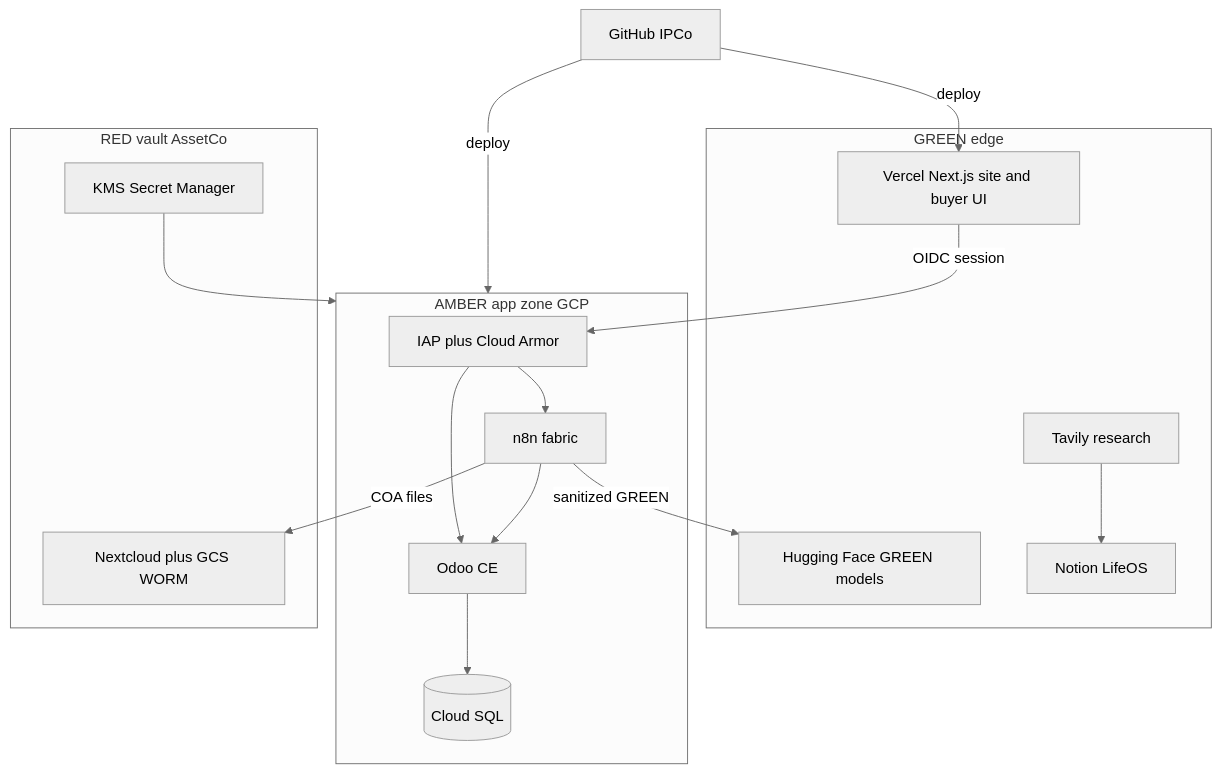
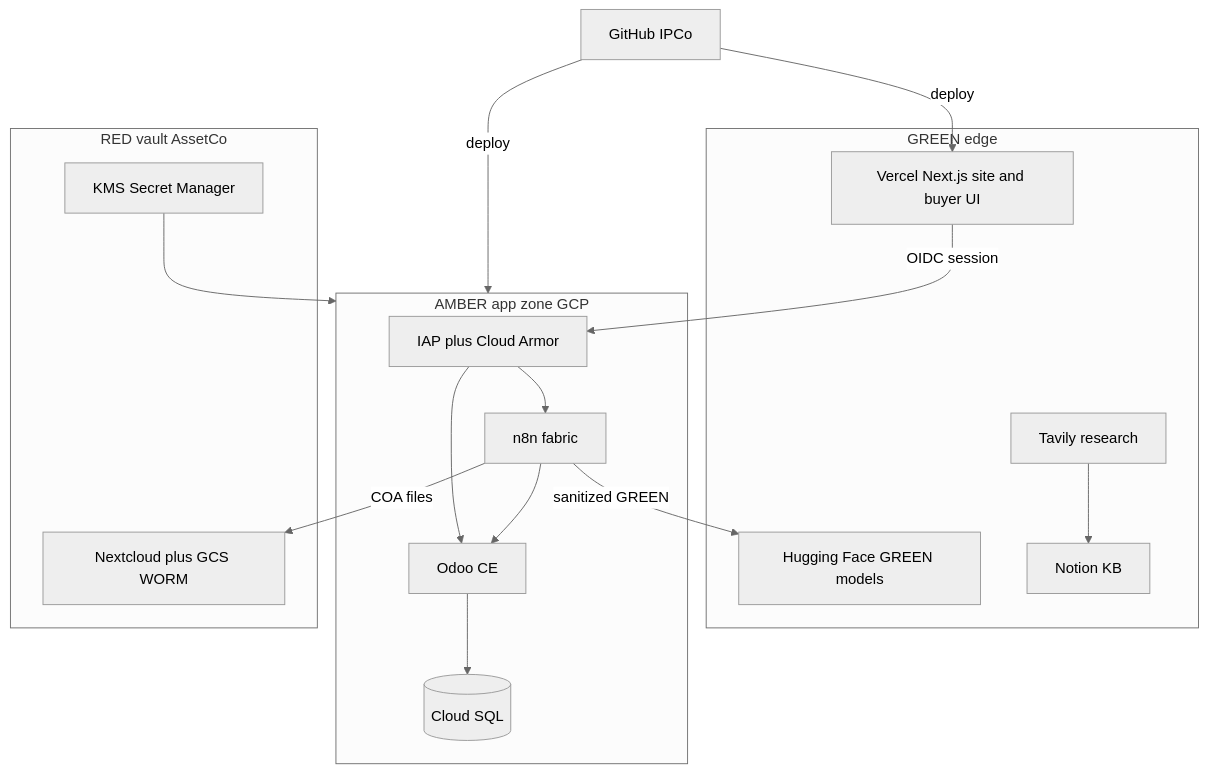
Before and after one commit to trilok-ventures/sattva-odoo-infra: the diagram in docs/superpowers/specs/2026-08-13-sattva-brokers-system-fabric-design.md, drawn with Mermaid (neutral theme). The commit also changed other lines of this file and 1 other file, not shown here.

First line of the commit message:
Lock versioned knowledge-base architecture beside LifeOS.

````diff
--- a/docs/superpowers/specs/2026-08-13-sattva-brokers-system-fabric-design.md
+++ b/docs/superpowers/specs/2026-08-13-sattva-brokers-system-fabric-design.md
@@ -122,30 +122,30 @@
 ```mermaid
 flowchart TB
   subgraph green [GREEN edge]
     Web[Vercel Next.js site and buyer UI]
     Tavily[Tavily research]
     HF[Hugging Face GREEN models]
-    Notion[Notion LifeOS]
+    Notion[Notion KB]
   end
   subgraph amber [AMBER app zone GCP]
     IAP[IAP plus Cloud Armor]
     N8N[n8n fabric]
     Odoo[Odoo CE]
     SQL[(Cloud SQL)]
   end
   subgraph red [RED vault AssetCo]
     NC[Nextcloud plus GCS WORM]
     KMS[KMS Secret Manager]
   end
   GitHub[GitHub IPCo] -->|deploy| Web
   GitHub -->|deploy| amber
   Web -->|OIDC session| IAP
   IAP --> Odoo
   IAP --> N8N
   Odoo --> SQL
   N8N --> Odoo
   N8N -->|COA files| NC
   N8N -->|sanitized GREEN| HF
   Tavily --> Notion
   KMS --> amber
 ```
````
